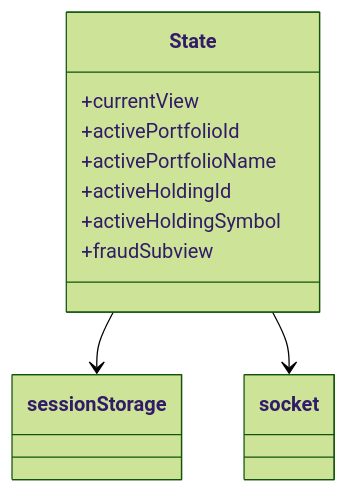
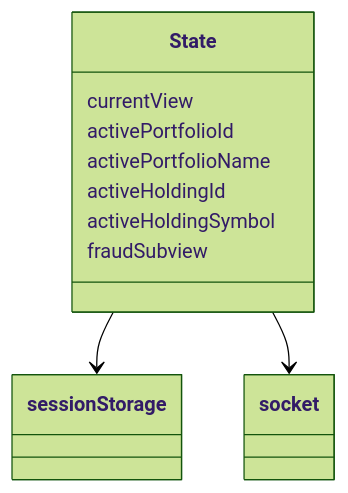
The second of 4 diagrams in README.md (abhisheksenku/Capstone_Project), drawn with Mermaid (forest theme) before and after one commit. The commit also changed other lines of this file, not shown here.

````diff
--- a/README.md
+++ b/README.md
@@ -143,14 +144,14 @@
 ```mermaid
 classDiagram
     class State {
-        +currentView
-        +activePortfolioId
-        +activePortfolioName
-        +activeHoldingId
-        +activeHoldingSymbol
-        +fraudSubview
+        currentView
+        activePortfolioId
+        activePortfolioName
+        activeHoldingId
+        activeHoldingSymbol
+        fraudSubview
     }
 
     State --> sessionStorage
     State --> socket
 ```
````
